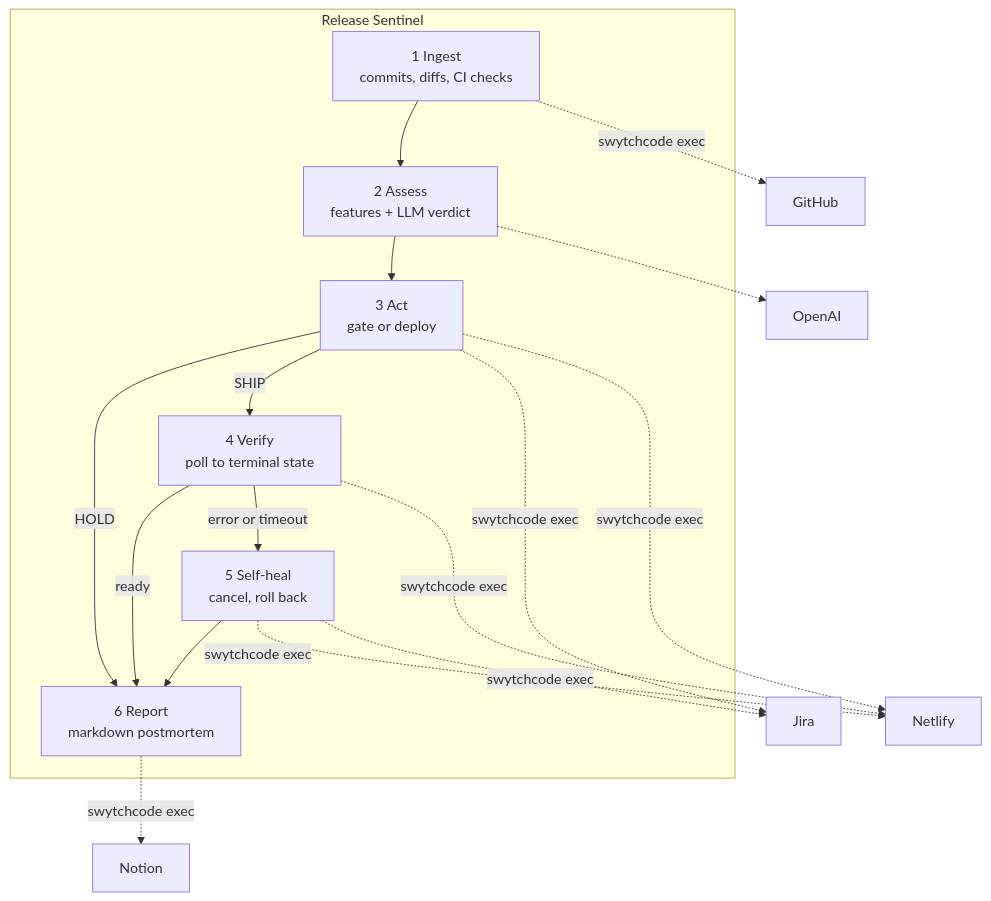
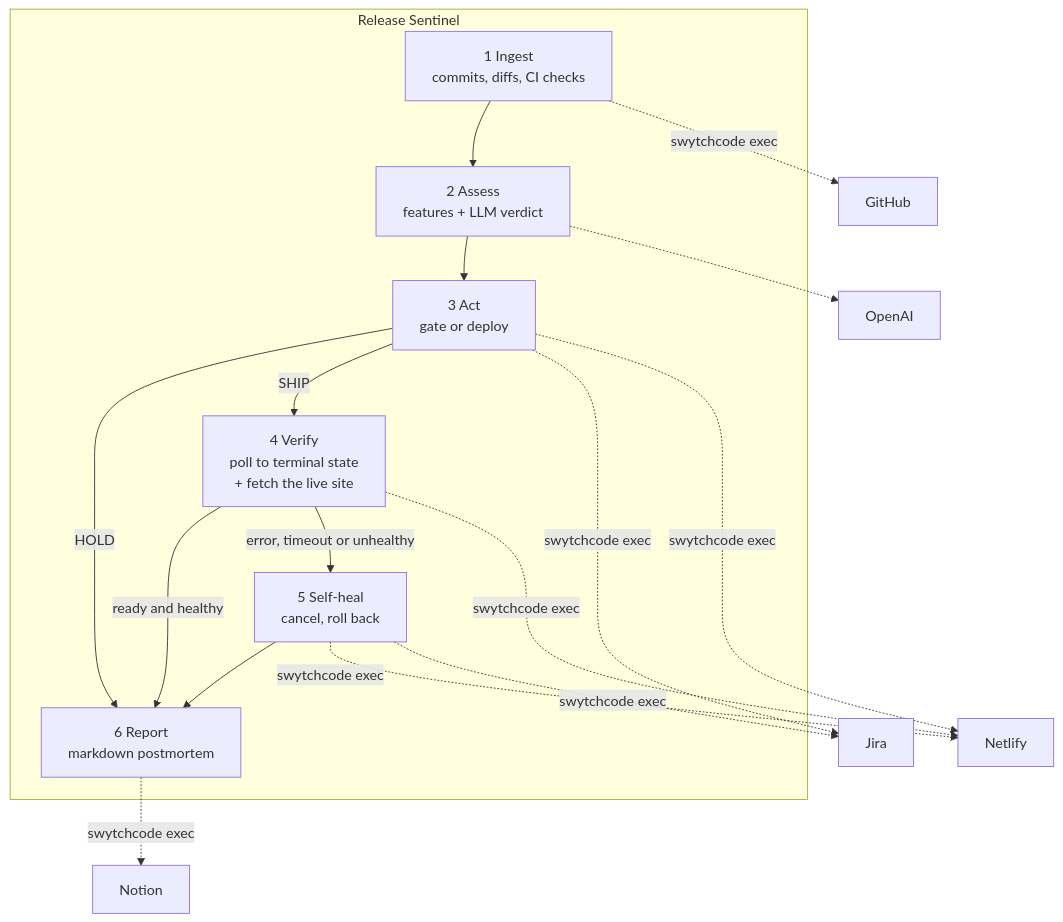
The first of 2 diagrams in README.md (SahilSumrani/agents_knotic), drawn with Mermaid before and after one commit. The commit also changed other lines of this file and 13 other files, not shown here.

````diff
--- a/README.md
+++ b/README.md
@@ -37,26 +38,26 @@
 ```mermaid
 flowchart TD
     subgraph agent [Release Sentinel]
         Ingest["1 Ingest<br/>commits, diffs, CI checks"]
         Assess["2 Assess<br/>features + LLM verdict"]
         Act["3 Act<br/>gate or deploy"]
-        Verify["4 Verify<br/>poll to terminal state"]
+        Verify["4 Verify<br/>poll to terminal state<br/>+ fetch the live site"]
         Heal["5 Self-heal<br/>cancel, roll back"]
         Report["6 Report<br/>markdown postmortem"]
     end
 
     Ingest --> Assess --> Act
     Act -->|"HOLD"| Report
     Act -->|"SHIP"| Verify
-    Verify -->|"ready"| Report
-    Verify -->|"error or timeout"| Heal --> Report
+    Verify -->|"ready and healthy"| Report
+    Verify -->|"error, timeout or unhealthy"| Heal --> Report
 
     Ingest -.->|"swytchcode exec"| GH[GitHub]
     Act -.->|"swytchcode exec"| Jira
     Act -.->|"swytchcode exec"| Netlify
     Verify -.->|"swytchcode exec"| Netlify
     Heal -.->|"swytchcode exec"| Netlify
     Heal -.->|"swytchcode exec"| Jira
     Report -.->|"swytchcode exec"| Notion
     Assess -.-> OpenAI
 ```
````
